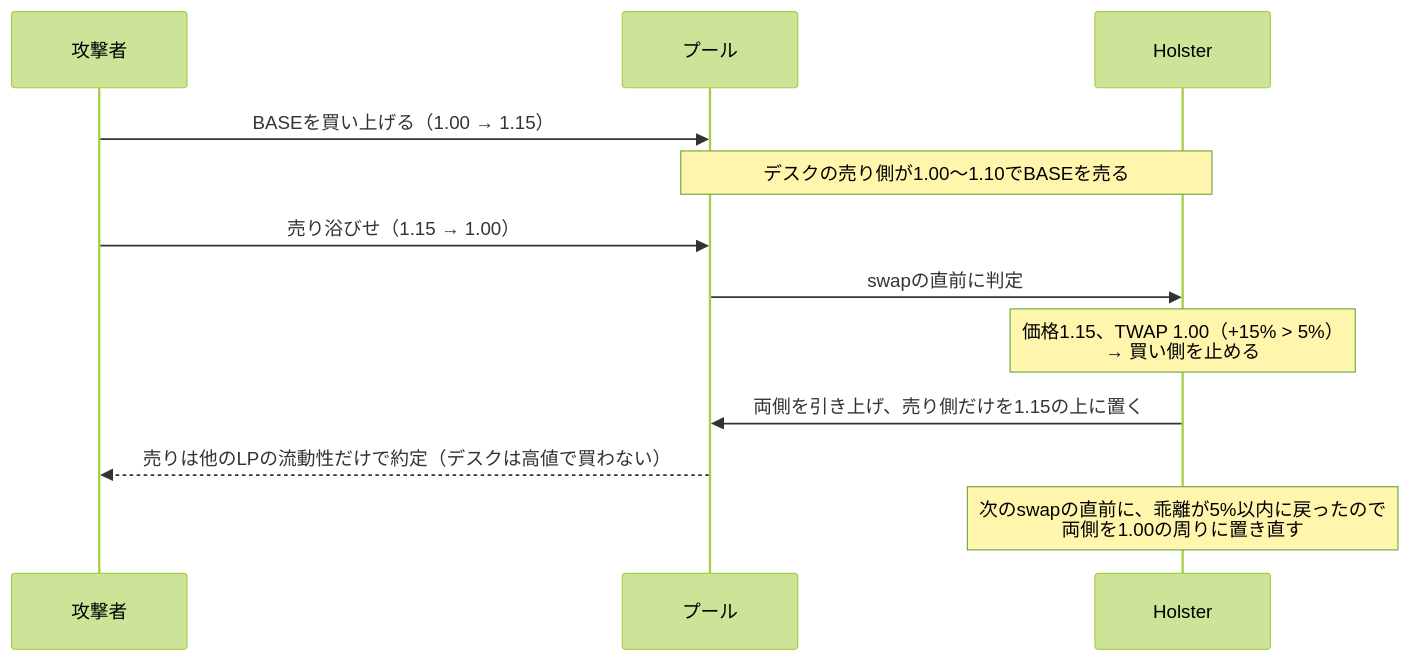
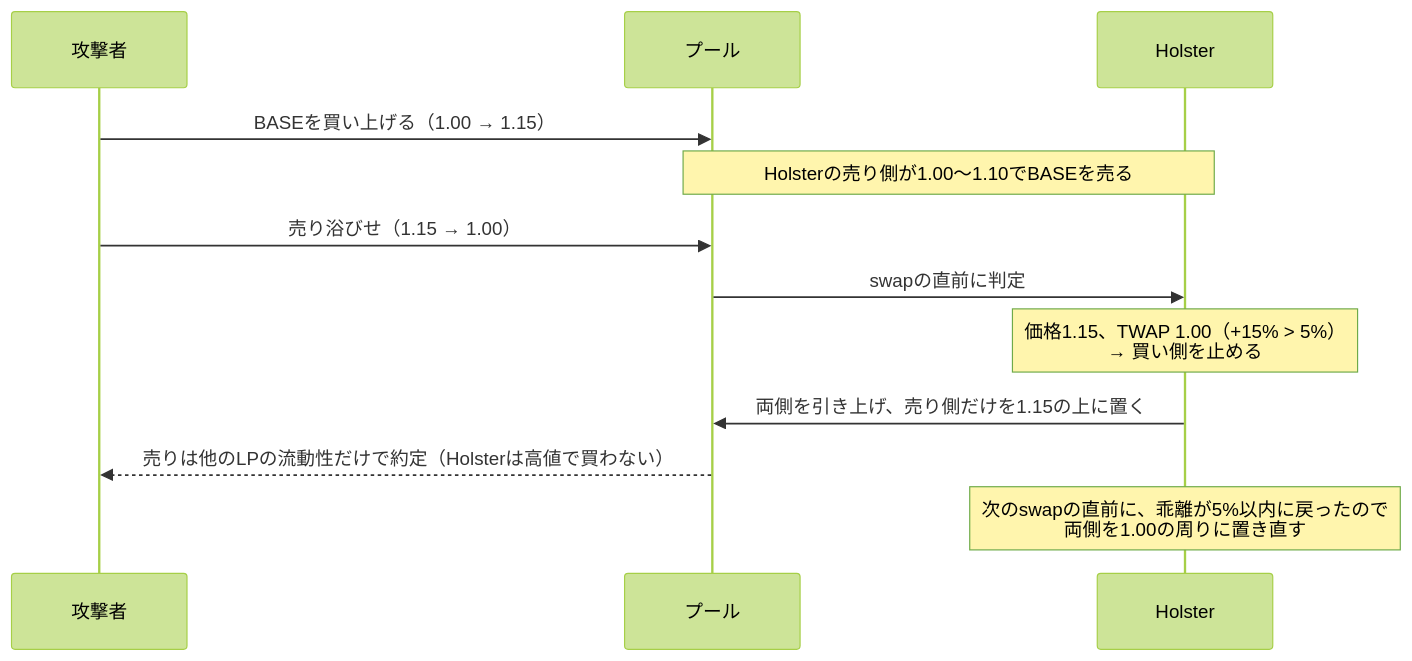
The first of 2 diagrams in README.ja.md (yuta-mine/holster), drawn with Mermaid (forest theme) before and after one commit. The commit also changed other lines of this file and 2 other files, not shown here.

````diff
--- a/README.ja.md
+++ b/README.ja.md
@@ -50,14 +52,14 @@
 ```mermaid
 sequenceDiagram
     participant A as 攻撃者
     participant P as プール
     participant H as Holster
     A->>P: BASEを買い上げる（1.00 → 1.15）
-    Note over P,H: デスクの売り側が1.00〜1.10でBASEを売る
+    Note over P,H: Holsterの売り側が1.00〜1.10でBASEを売る
     A->>P: 売り浴びせ（1.15 → 1.00）
     P->>H: swapの直前に判定
     Note over H: 価格1.15、TWAP 1.00（+15% > 5%）<br/>→ 買い側を止める
     H->>P: 両側を引き上げ、売り側だけを1.15の上に置く
-    P-->>A: 売りは他のLPの流動性だけで約定（デスクは高値で買わない）
+    P-->>A: 売りは他のLPの流動性だけで約定（Holsterは高値で買わない）
     Note over H: 次のswapの直前に、乖離が5%以内に戻ったので<br/>両側を1.00の周りに置き直す
 ```
````
